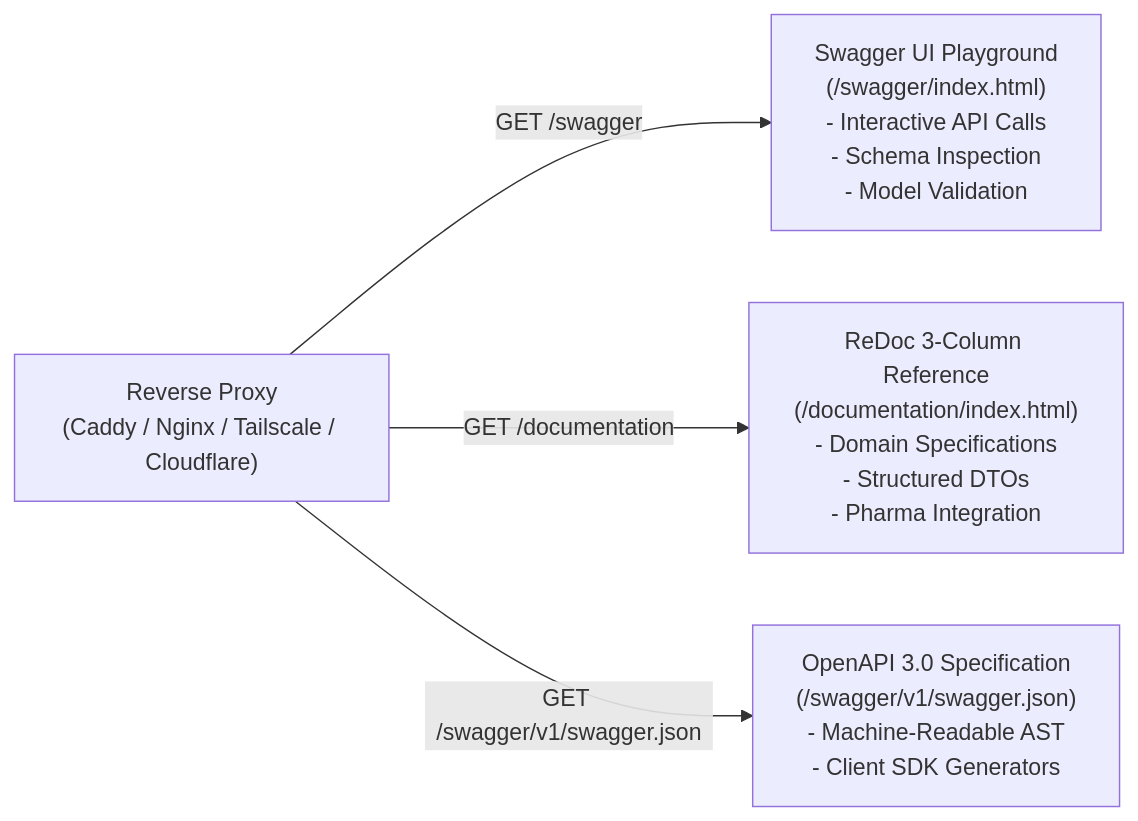
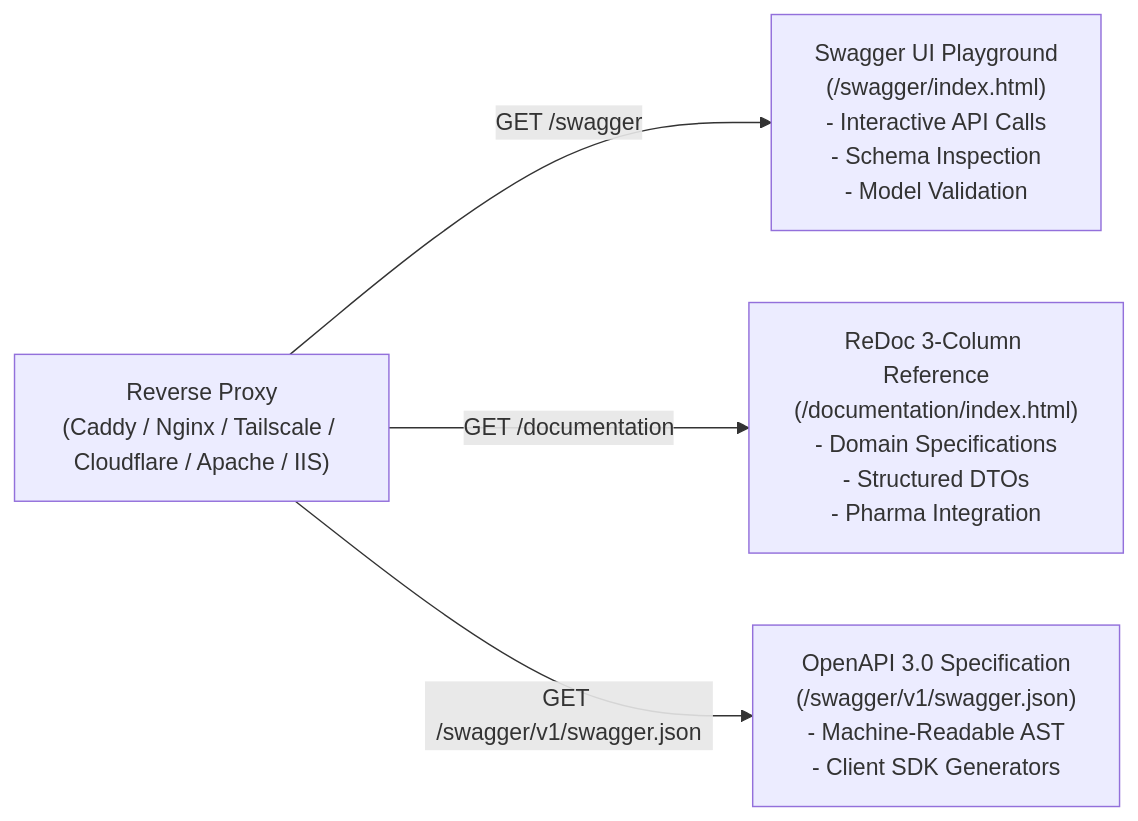
Before and after one commit to lantea-one/nanoweaver-hrt: the fourth of 4 diagrams in docs/secure-public-access.md, drawn with Mermaid. The commit also changed other lines of this file and 29 other files, not shown here.

Commit message:
feat: add lower camelcase json, xml, yaml support with openapi examples and standalone iis and apache docs

````diff
--- a/docs/secure-public-access.md
+++ b/docs/secure-public-access.md
@@ -517,8 +720,8 @@
 ```mermaid
 flowchart LR
-    Proxy["Reverse Proxy<br>(Caddy / Nginx / Tailscale / Cloudflare)"]
+    Proxy["Reverse Proxy<br>(Caddy / Nginx / Tailscale / Cloudflare / Apache / IIS)"]
     
     Proxy -->|GET /swagger| SwaggerUI["Swagger UI Playground<br>(/swagger/index.html)<br>- Interactive API Calls<br>- Schema Inspection<br>- Model Validation"]
     Proxy -->|GET /documentation| ReDoc["ReDoc 3-Column Reference<br>(/documentation/index.html)<br>- Domain Specifications<br>- Structured DTOs<br>- Pharma Integration"]
     Proxy -->|GET /swagger/v1/swagger.json| Schema["OpenAPI 3.0 Specification<br>(/swagger/v1/swagger.json)<br>- Machine-Readable AST<br>- Client SDK Generators"]
 ```
````
